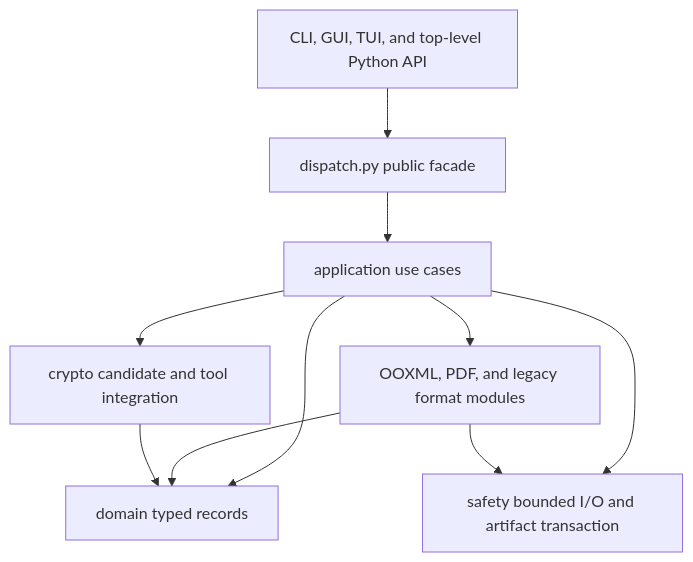
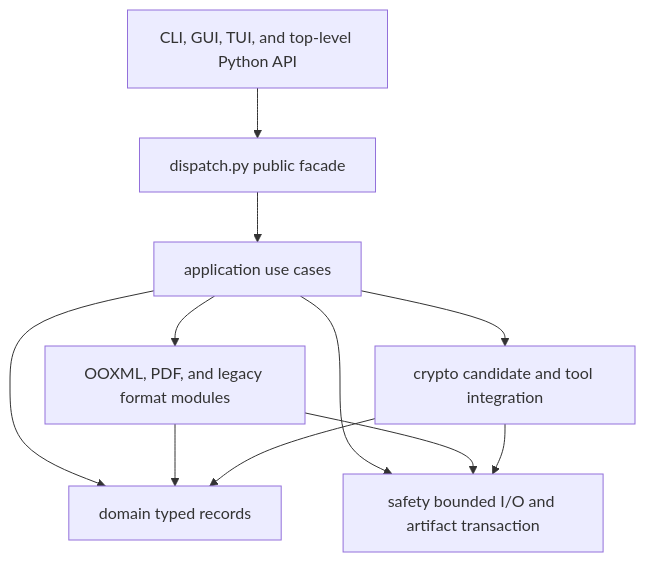
Before and after one commit to sebastianspicker/dietrich-office-unlock: the second of 6 diagrams in docs/ARCHITECTURE.md, drawn with Mermaid. The commit also changed other lines of this file and 2 other files, not shown here.

First line of the commit message:
docs: add how-it-works sequence diagrams and code links to the architecture guide

````diff
--- a/docs/ARCHITECTURE.md
+++ b/docs/ARCHITECTURE.md
@@ -40,20 +59,21 @@
 ```mermaid
 flowchart TD
     Adapters[CLI, GUI, TUI, and top-level Python API]
     Facade[dispatch.py public facade]
     Application[application use cases]
     Formats[OOXML, PDF, and legacy format modules]
     Crypto[crypto candidate and tool integration]
     Domain[domain typed records]
     Safety[safety bounded I/O and artifact transaction]
 
     Adapters --> Facade
     Facade --> Application
     Application --> Formats
     Application --> Crypto
     Application --> Domain
     Application --> Safety
     Formats --> Domain
     Formats --> Safety
     Crypto --> Domain
+    Crypto --> Safety
 ```
````
